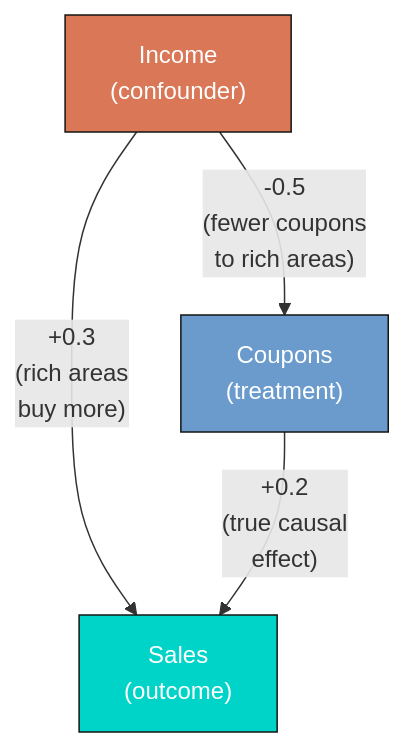
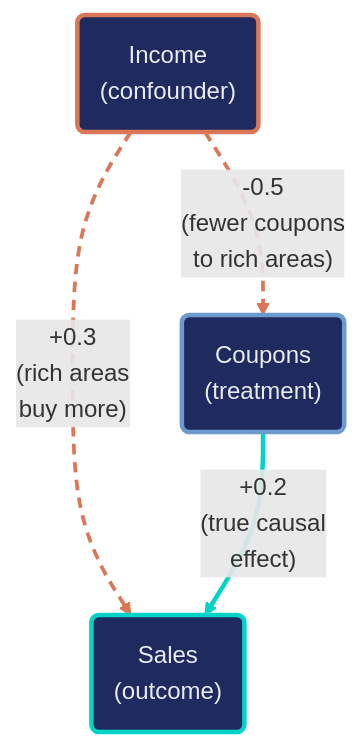
One commit to cmg777/starter-academic-v501 changed the second of 2 diagrams in content/post/r_fwlplot/tutorial.qmd. Above: the diagram before and after it, drawn with Mermaid. The commit also changed other lines of this file and 42 other files, not shown here.

First line of the commit message:
content(mermaid): restyle Mermaid copies in tutorial sources and the LaLonde slide deck

````diff
--- a/content/post/r_fwlplot/tutorial.qmd
+++ b/content/post/r_fwlplot/tutorial.qmd
@@ -166,14 +164,18 @@
 ```{mermaid}
 graph TD
-    Income["Income<br/>(confounder)"]
-    Coupons["Coupons<br/>(treatment)"]
-    Sales["Sales<br/>(outcome)"]
+    Income("Income<br/>(confounder)")
+    Coupons("Coupons<br/>(treatment)")
+    Sales("Sales<br/>(outcome)")
 
     Income -->|"-0.5<br/>(fewer coupons<br/>to rich areas)"| Coupons
     Income -->|"+0.3<br/>(rich areas<br/>buy more)"| Sales
     Coupons -->|"+0.2<br/>(true causal<br/>effect)"| Sales
-
-    style Income fill:#d97757,stroke:#141413,color:#fff
-    style Coupons fill:#6a9bcc,stroke:#141413,color:#fff
-    style Sales fill:#00d4c8,stroke:#141413,color:#fff
+    classDef orange fill:#1f2b5e,stroke:#d97757,stroke-width:3px,color:#e8ecf2
+    classDef blue fill:#1f2b5e,stroke:#6a9bcc,stroke-width:3px,color:#e8ecf2
+    classDef teal fill:#1f2b5e,stroke:#00d4c8,stroke-width:3px,color:#e8ecf2
+    class Income orange
+    class Coupons blue
+    class Sales teal
+    linkStyle 0,1 stroke:#d97757,stroke-width:2.5px,stroke-dasharray:7 5
+    linkStyle 2 stroke:#00d4c8,stroke-width:3px
 ```
````
